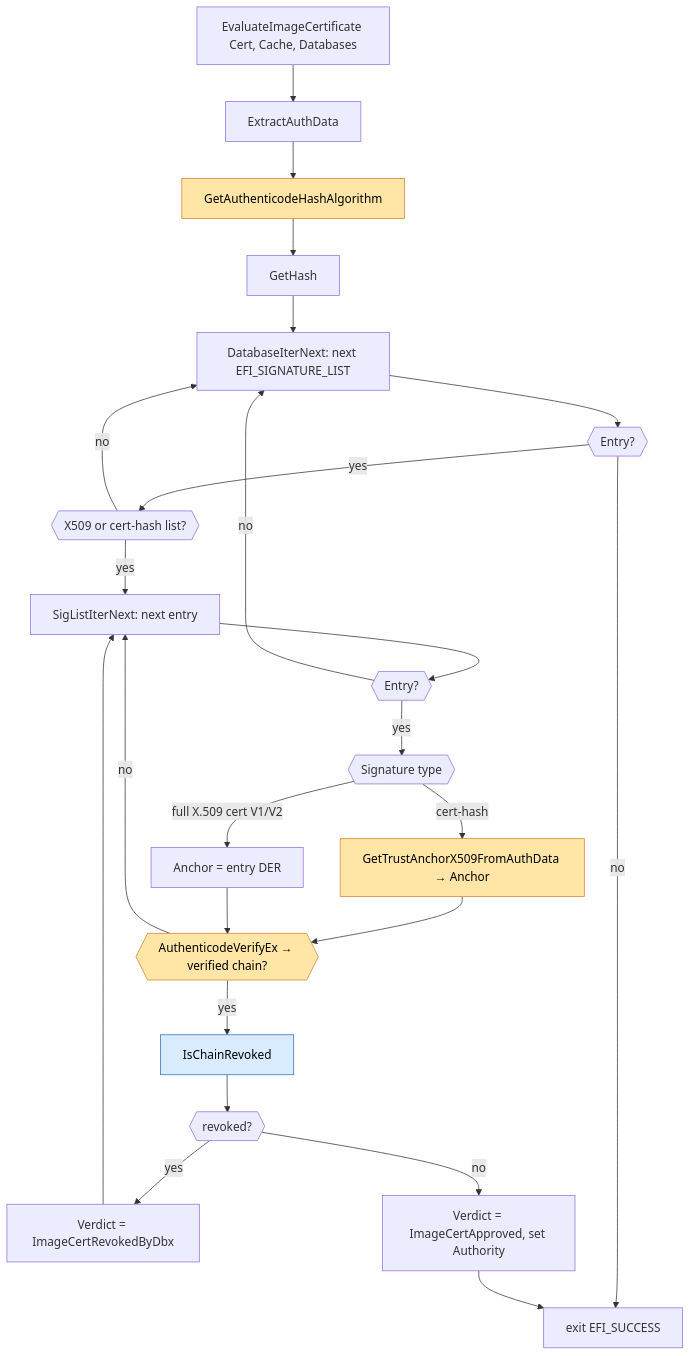
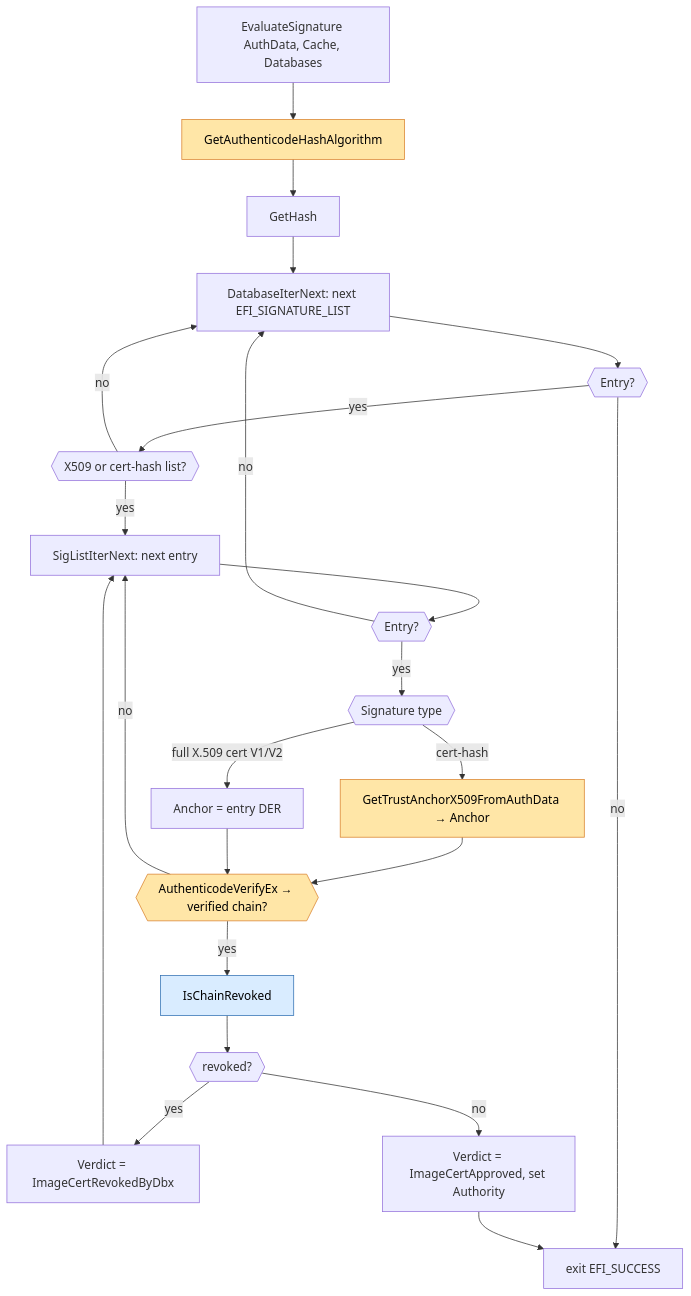
One commit to microsoft/mu_basecore changed the fourth of 5 diagrams in SecurityPkg/Library/DxeImageVerificationLib2/README.md. Above: the diagram before and after it, drawn with Mermaid. The commit also changed other lines of this file and 5 other files, not shown here.

First line of the commit message:
SecurityPkg: DxeImageVerificationLib: Extract Signature first

````diff
--- a/SecurityPkg/Library/DxeImageVerificationLib2/README.md
+++ b/SecurityPkg/Library/DxeImageVerificationLib2/README.md
@@ -230,31 +234,30 @@
 ```mermaid
 flowchart TD
-    A[EvaluateImageCertificate Cert, Cache, Databases] --> P[ExtractAuthData]
-    P --> HA[GetAuthenticodeHashAlgorithm]
+    A[EvaluateSignature AuthData, Cache, Databases] --> HA[GetAuthenticodeHashAlgorithm]
     HA --> GH[GetHash]
     GH --> DL[DatabaseIterNext: next EFI_SIGNATURE_LIST]
     DL --> DL1{{Entry?}}
     DL1 -- no --> EX[exit EFI_SUCCESS]
     DL1 -- yes --> TY{{X509 or cert-hash list?}}
     TY -- no --> DL
     TY -- yes --> EN[SigListIterNext: next entry]
     EN --> EN1{{Entry?}}
     EN1 -- no --> DL
     EN1 -- yes --> RT{{Signature type}}
     RT -- full X.509 cert V1/V2 --> AX[Anchor = entry DER]
     RT -- cert-hash --> GX[GetTrustAnchorX509FromAuthData → Anchor]
     GX --> AV
     AX --> AV{{AuthenticodeVerifyEx → verified chain?}}
     AV -- no --> EN
     AV -- yes --> CR[IsChainRevoked]
     CR --> CR1{{revoked?}}
     CR1 -- yes --> REV[Verdict = ImageCertRevokedByDbx]
     REV --> EN
     CR1 -- no --> APP[Verdict = ImageCertApproved, set Authority]
     APP --> EX
 
     classDef drill fill:#d9ecff,stroke:#2f6fb2,color:#000;
     class CR drill;
     classDef libclass fill:#ffe6a7,stroke:#d9822b,color:#000;
     class HA,GX,AV libclass;
 ```
````
